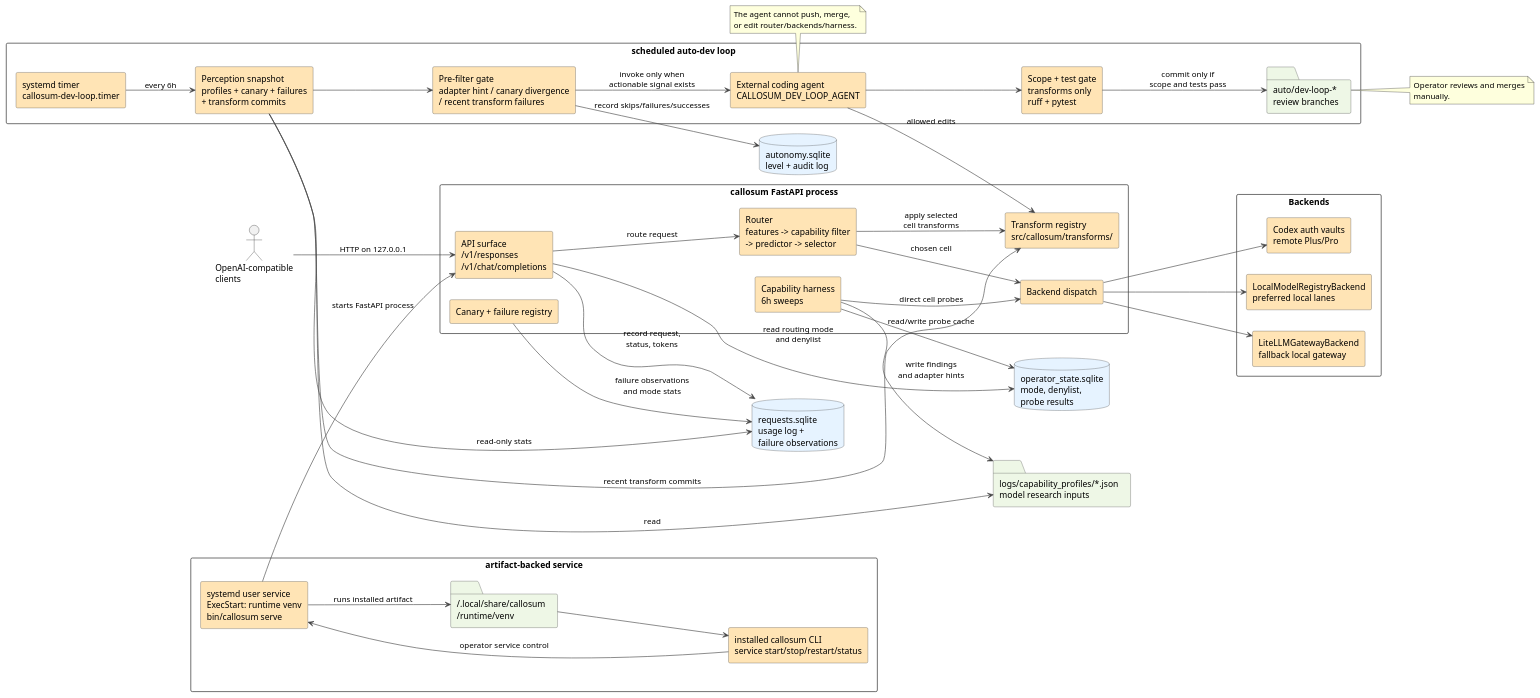
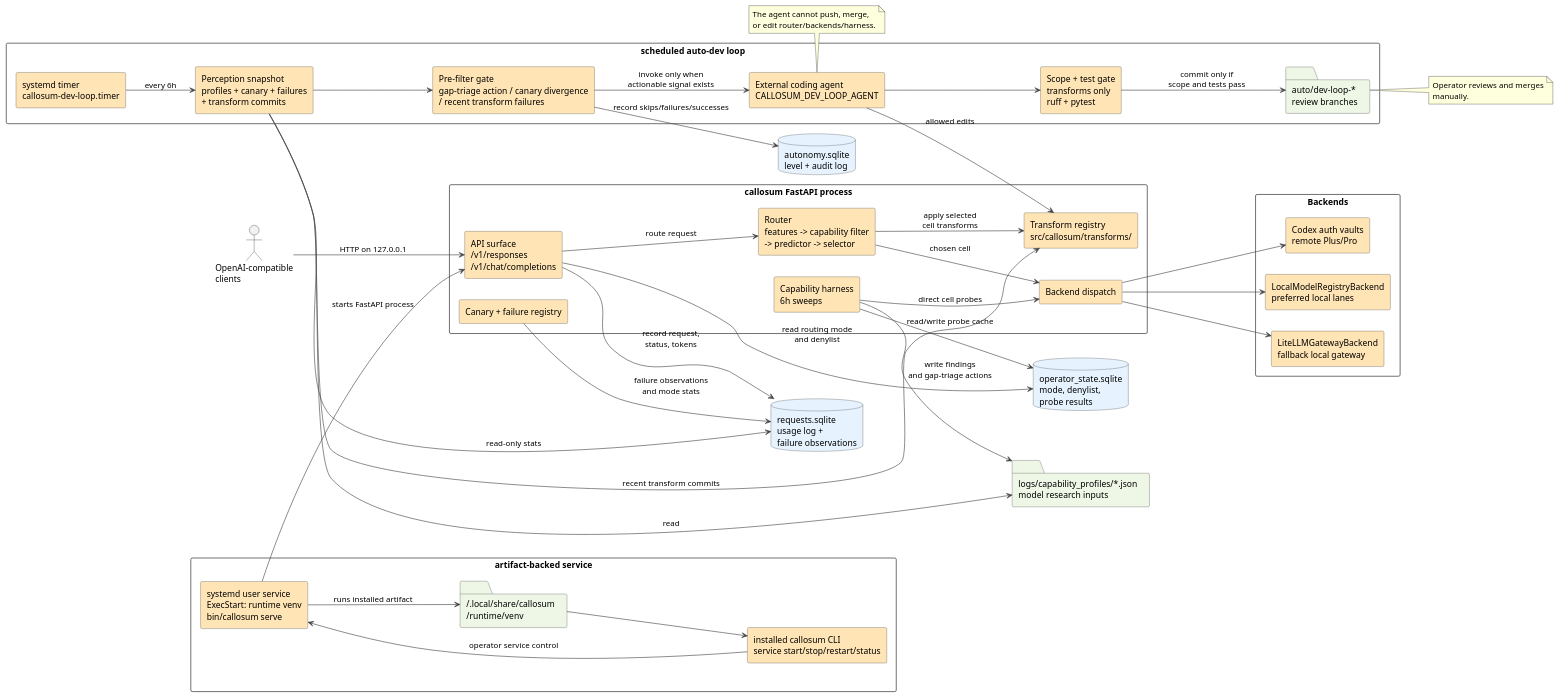
One commit to rohankhanna/callosum changed the diagram in docs/architecture/runtime_topology.puml. Above: the diagram before and after it, drawn with PlantUML. The commit also changed 95 other files, not shown here.

```diff
--- a/docs/architecture/runtime_topology.puml
+++ b/docs/architecture/runtime_topology.puml
@@ -1,97 +1,97 @@
 @startuml runtime_topology
 ' Callosum runtime topology — process/module view plus the self-observation
 ' and dev-loop path that can produce transform-only review branches.
 
 skinparam backgroundColor #FFFFFF
 skinparam defaultFontName "Helvetica"
 skinparam shadowing false
 skinparam componentStyle rectangle
 skinparam packageStyle rectangle
 skinparam ArrowColor #444444
 skinparam ComponentBorderColor #444444
 skinparam ComponentBackgroundColor #FFE4B5
 skinparam DatabaseBorderColor #444444
 skinparam DatabaseBackgroundColor #E6F3FF
 skinparam FolderBorderColor #444444
 skinparam FolderBackgroundColor #EEF7E6
 
 left to right direction
 
 actor "OpenAI-compatible\nclients" as Clients
 
 package "artifact-backed service" as ServiceRuntime {
   component "systemd user service\nExecStart: runtime venv\nbin/callosum serve" as ServiceUnit
   folder "~/.local/share/callosum\n/runtime/venv" as RuntimeVenv
   component "installed callosum CLI\nservice start/stop/restart/status" as RuntimeCli
 }
 
 package "callosum FastAPI process" as Proxy {
   component "API surface\n/v1/responses\n/v1/chat/completions" as API
   component "Router\nfeatures -> capability filter\n-> predictor -> selector" as Router
   component "Transform registry\nsrc/callosum/transforms/" as Transforms
   component "Backend dispatch" as Dispatch
   component "Capability harness\n6h sweeps" as Harness
   component "Canary + failure registry" as Canary
 }
 
 package "Backends" as Backends {
   component "Codex auth vaults\nremote Plus/Pro" as Codex
   component "LocalModelRegistryBackend\npreferred local lanes" as Local
   component "LiteLLMGatewayBackend\nfallback local gateway" as LiteLLM
 }
 
 database "operator_state.sqlite\nmode, denylist,\nprobe results" as OperatorState
 database "requests.sqlite\nusage log +\nfailure observations" as UsageLog
 folder "logs/capability_profiles/*.json\nmodel research inputs" as Profiles
 database "autonomy.sqlite\nlevel + audit log" as Autonomy
 
 package "scheduled auto-dev loop" as AutoDev {
   component "systemd timer\ncallosum-dev-loop.timer" as Timer
   component "Perception snapshot\nprofiles + canary + failures\n+ transform commits" as Perception
-  component "Pre-filter gate\nadapter hint / canary divergence\n/ recent transform failures" as Gate
+  component "Pre-filter gate\ngap-triage action / canary divergence\n/ recent transform failures" as Gate
   component "External coding agent\nCALLOSUM_DEV_LOOP_AGENT" as Agent
   component "Scope + test gate\ntransforms only\nruff + pytest" as Verify
   folder "auto/dev-loop-*\nreview branches" as Branches
 }
 
 Clients --> API : HTTP on 127.0.0.1
 ServiceUnit --> RuntimeVenv : runs installed artifact
 RuntimeVenv --> RuntimeCli
 RuntimeCli --> ServiceUnit : operator service control
 ServiceUnit --> API : starts FastAPI process
 API --> OperatorState : read routing mode\nand denylist
 API --> Router : route request
 Router --> Transforms : apply selected\ncell transforms
 Router --> Dispatch : chosen cell
 Dispatch --> Codex
 Dispatch --> Local
 Dispatch --> LiteLLM
 API --> UsageLog : record request,\nstatus, tokens
 
 Harness --> Dispatch : direct cell probes
 Harness --> OperatorState : read/write probe cache
-Harness --> Profiles : write findings\nand adapter hints
+Harness --> Profiles : write findings\nand gap-triage actions
 Canary --> UsageLog : failure observations\nand mode stats
 
 Timer --> Perception : every 6h
 Perception --> Profiles : read
 Perception --> UsageLog : read-only stats
 Perception --> Transforms : recent transform commits
 Perception --> Gate
 Gate --> Autonomy : record skips/failures/successes
 Gate --> Agent : invoke only when\nactionable signal exists
 Agent --> Transforms : allowed edits
 Agent --> Verify
 Verify --> Branches : commit only if\nscope and tests pass
 
 note bottom of Agent
   The agent cannot push, merge,
   or edit router/backends/harness.
 end note
 
 note right of Branches
   Operator reviews and merges
   manually.
 end note
 
 @enduml
```
